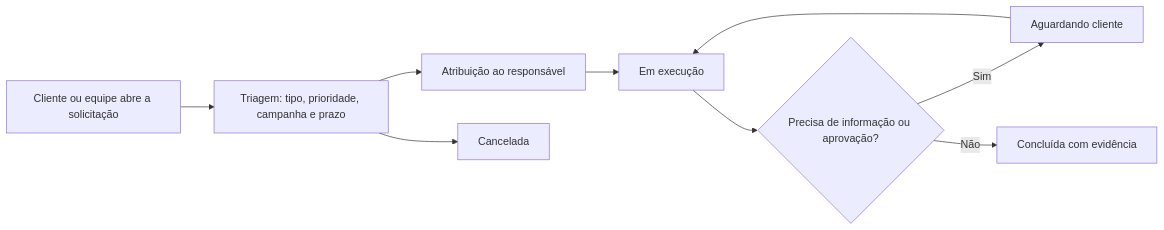
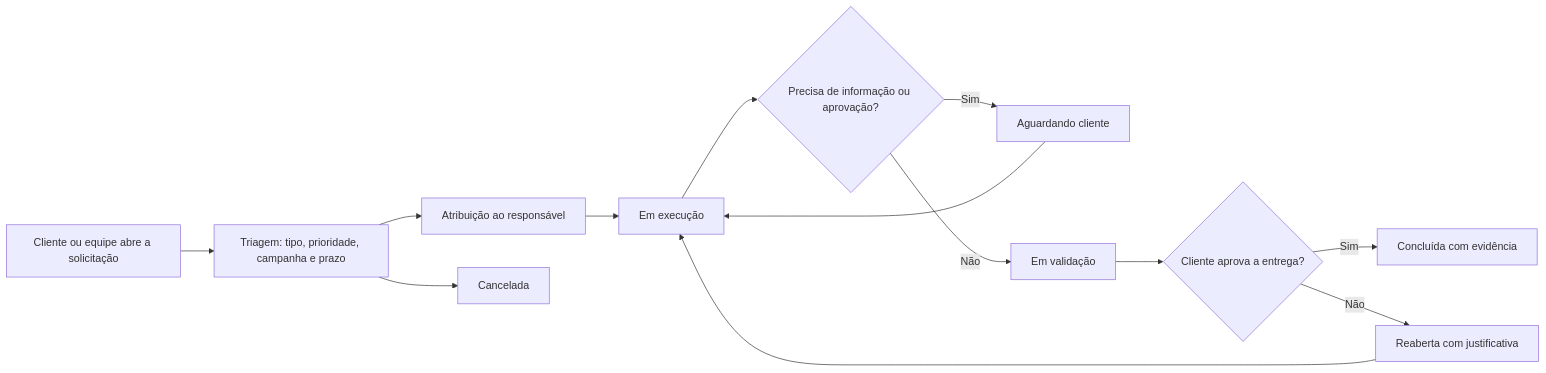
Before and after one commit to NayaraFJ/TI-Sistemas-Integrados: the diagram in Etapa 02/Protótipo - Etapa 02.md, drawn with Mermaid. The commit also changed other lines of this file and 13 other files, not shown here.

````diff
--- a/Etapa 02/Protótipo - Etapa 02.md
+++ b/Etapa 02/Protótipo - Etapa 02.md
@@ -33,11 +33,15 @@
 ```mermaid
 flowchart LR
     A[Cliente ou equipe abre a solicitação] --> B[Triagem: tipo, prioridade, campanha e prazo]
     B --> C[Atribuição ao responsável]
     C --> D[Em execução]
     D --> E{Precisa de informação ou aprovação?}
     E -- Sim --> F[Aguardando cliente]
     F --> D
-    E -- Não --> G[Concluída com evidência]
-    B --> H[Cancelada]
+    E -- Não --> G[Em validação]
+    G --> H{Cliente aprova a entrega?}
+    H -- Sim --> I[Concluída com evidência]
+    H -- Não --> J[Reaberta com justificativa]
+    J --> D
+    B --> K[Cancelada]
 ```
````
